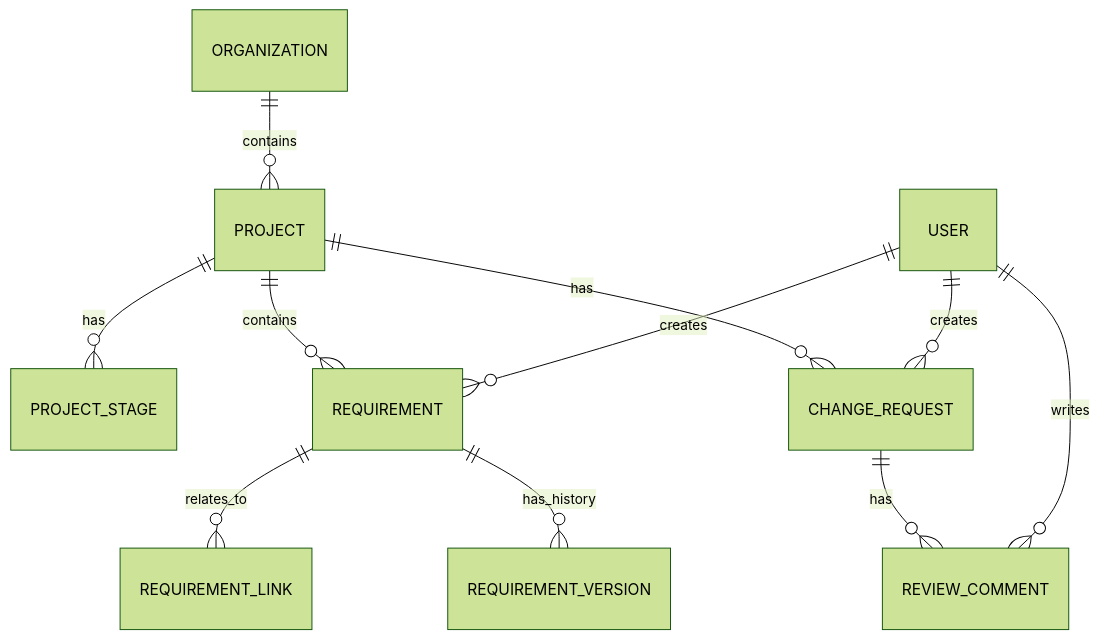
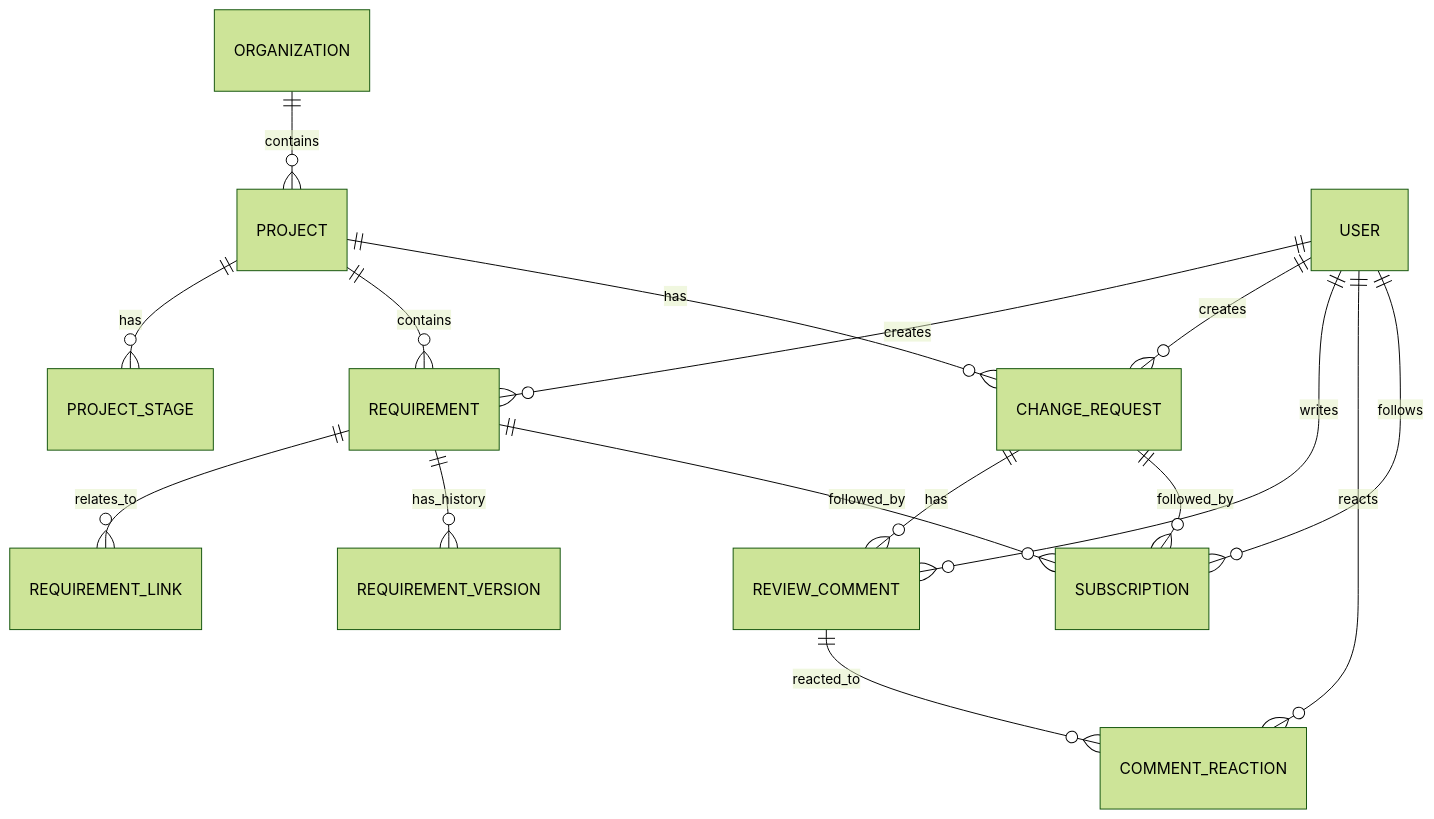
Before and after one commit to ballardr/reqtrackmanager: the third of 4 diagrams in docs/solution-architecture.md, drawn with Mermaid (forest theme). The commit also changed other lines of this file and 112 other files, not shown here.

````diff
--- a/docs/solution-architecture.md
+++ b/docs/solution-architecture.md
@@ -218,13 +218,18 @@
 ```mermaid
 erDiagram
     ORGANIZATION ||--o{ PROJECT : contains
     PROJECT ||--o{ PROJECT_STAGE : has
     PROJECT ||--o{ REQUIREMENT : contains
     PROJECT ||--o{ CHANGE_REQUEST : has
     REQUIREMENT ||--o{ REQUIREMENT_LINK : relates_to
     REQUIREMENT ||--o{ REQUIREMENT_VERSION : has_history
     CHANGE_REQUEST ||--o{ REVIEW_COMMENT : has
+    REVIEW_COMMENT ||--o{ COMMENT_REACTION : reacted_to
     USER ||--o{ REQUIREMENT : creates
     USER ||--o{ CHANGE_REQUEST : creates
     USER ||--o{ REVIEW_COMMENT : writes
+    USER ||--o{ COMMENT_REACTION : reacts
+    USER ||--o{ SUBSCRIPTION : follows
+    REQUIREMENT ||--o{ SUBSCRIPTION : followed_by
+    CHANGE_REQUEST ||--o{ SUBSCRIPTION : followed_by
 ```
````
